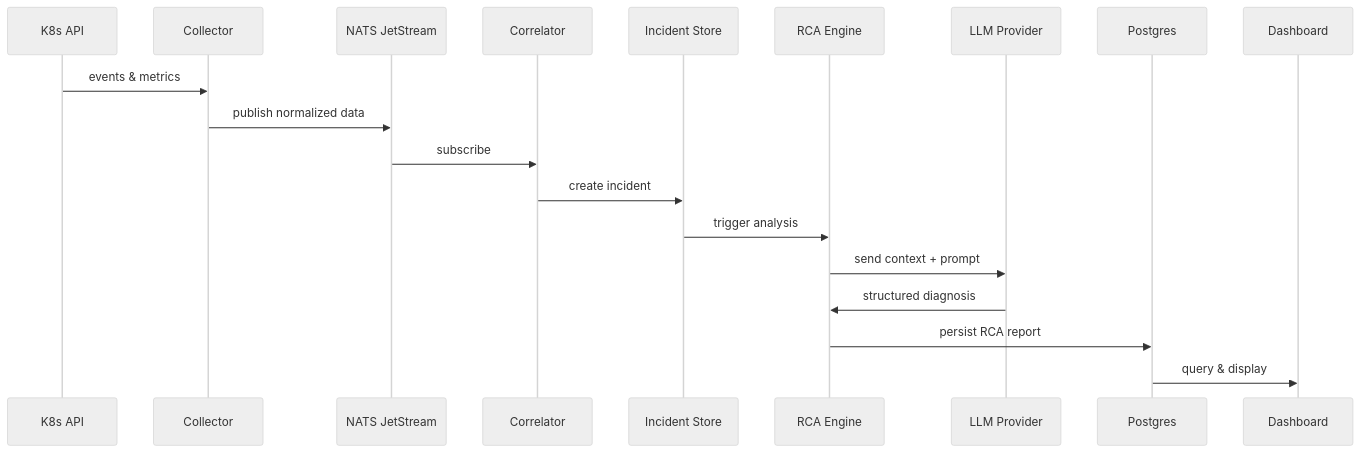
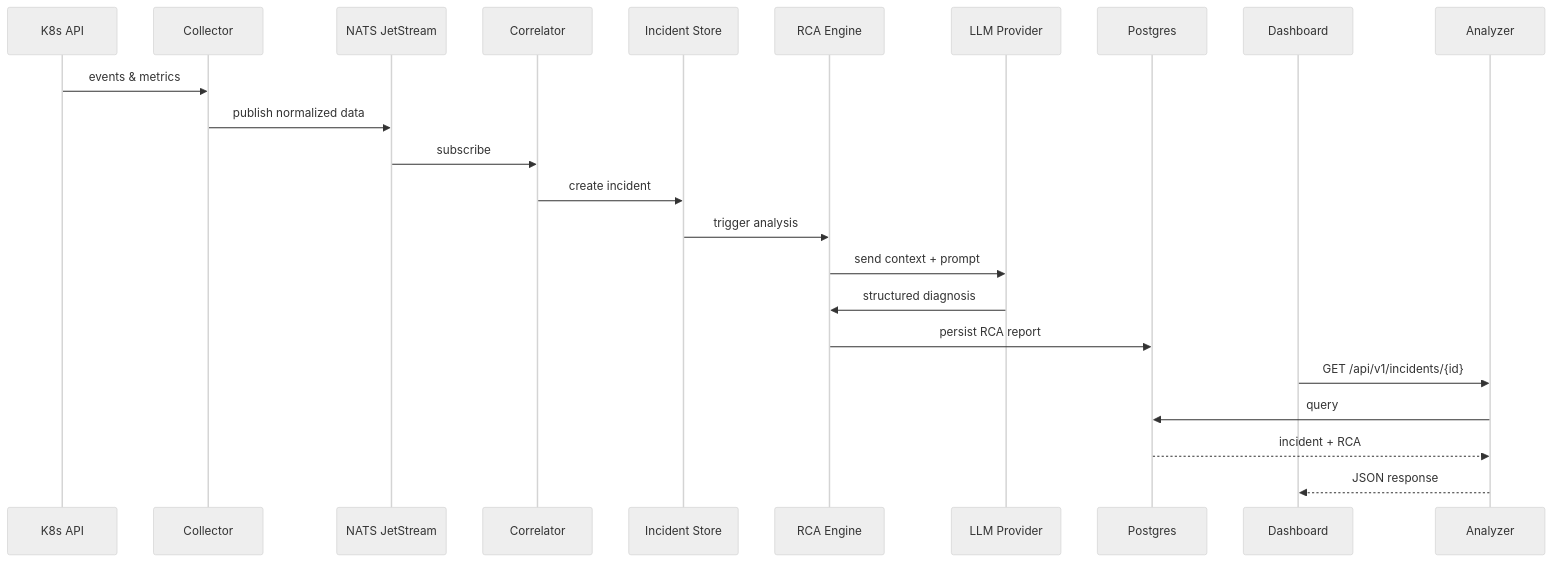
Before and after one commit to hellodk/hetu: the second of 3 diagrams in docs/ARCHITECTURE.md, drawn with Mermaid (neutral theme). The commit also changed other lines of this file and 63 other files, not shown here.

````diff
--- a/docs/ARCHITECTURE.md
+++ b/docs/ARCHITECTURE.md
@@ -106,22 +117,25 @@
 ```mermaid
 sequenceDiagram
     participant K8sAPI as K8s API
     participant Collector as Collector
     participant NATS as NATS JetStream
     participant Correlator as Correlator
     participant Incident as Incident Store
     participant RCA as RCA Engine
     participant LLM as LLM Provider
     participant Postgres as Postgres
     participant Dashboard as Dashboard
 
     K8sAPI->>Collector: events & metrics
     Collector->>NATS: publish normalized data
     NATS->>Correlator: subscribe
     Correlator->>Incident: create incident
     Incident->>RCA: trigger analysis
     RCA->>LLM: send context + prompt
     LLM->>RCA: structured diagnosis
     RCA->>Postgres: persist RCA report
-    Postgres->>Dashboard: query & display
+    Dashboard->>Analyzer: GET /api/v1/incidents/{id}
+    Analyzer->>Postgres: query
+    Postgres-->>Analyzer: incident + RCA
+    Analyzer-->>Dashboard: JSON response
 ```
````
